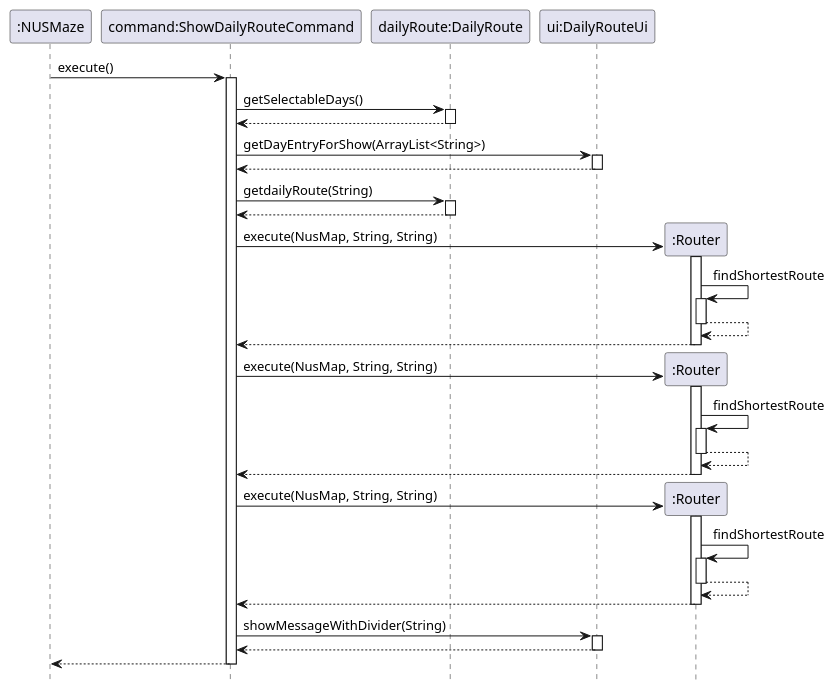
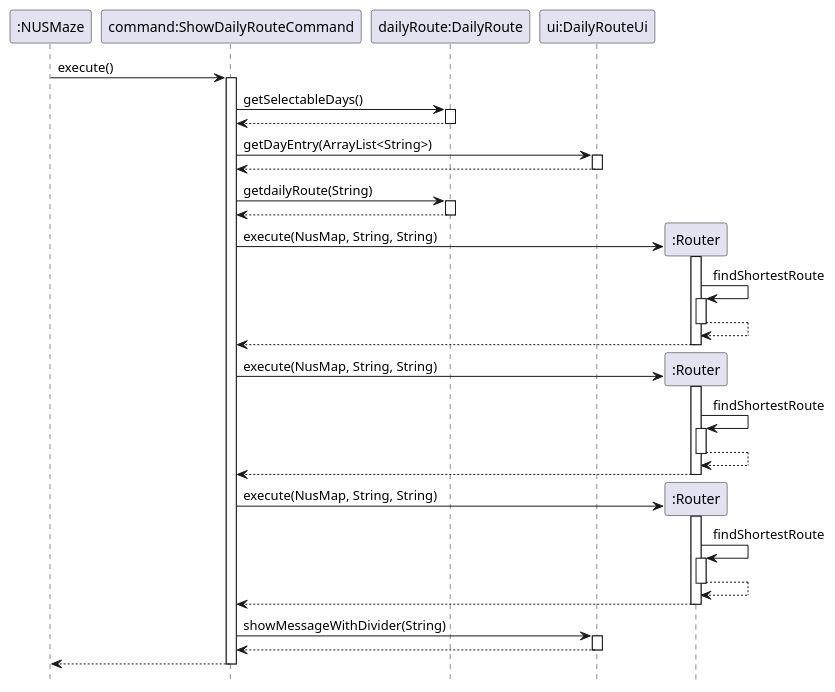
Before and after one commit to nus-cs2113-AY2021S2/tp: the diagram in docs/puml/showday.puml, drawn with PlantUML. The commit also changed 5 other files, not shown here.

```diff
--- a/docs/puml/showday.puml
+++ b/docs/puml/showday.puml
@@ -1,48 +1,48 @@
 @startuml
 hide footbox
 
 participant ":NUSMaze"
 ":NUSMaze" -> "command:ShowDailyRouteCommand" : execute()
 activate "command:ShowDailyRouteCommand"
 "command:ShowDailyRouteCommand" -> "dailyRoute:DailyRoute" : getSelectableDays()
 activate "dailyRoute:DailyRoute"
 return
 deactivate "dailyRoute:DailyRoute"
-"command:ShowDailyRouteCommand" -> "ui:DailyRouteUi" : getDayEntryForShow(ArrayList<String>)
+"command:ShowDailyRouteCommand" -> "ui:DailyRouteUi" : getDayEntry(ArrayList<String>)
 activate "ui:DailyRouteUi"
 return
 deactivate "ui:DailyRouteUi"
 "command:ShowDailyRouteCommand" -> "dailyRoute:DailyRoute" : getdailyRoute(String)
 activate "dailyRoute:DailyRoute"
 return
 deactivate "dailyRoute:DailyRoute"
 
 create ":Router"
 "command:ShowDailyRouteCommand" -> ":Router" : execute(NusMap, String, String)
 activate ":Router"
 ":Router" -> ":Router" : findShortestRoute
 activate ":Router"
 return
 return
 create ":Router"
 "command:ShowDailyRouteCommand" -> ":Router" : execute(NusMap, String, String)
 activate ":Router"
 ":Router" -> ":Router" : findShortestRoute
 activate ":Router"
 return
 return
 create ":Router"
 "command:ShowDailyRouteCommand" -> ":Router" : execute(NusMap, String, String)
 activate ":Router"
 ":Router" -> ":Router" : findShortestRoute
 activate ":Router"
 return
 return
 
 "command:ShowDailyRouteCommand" -> "ui:DailyRouteUi": showMessageWithDivider(String)
 activate "ui:DailyRouteUi"
 return
 deactivate "ui:DailyRouteUi"
 "command:ShowDailyRouteCommand" --> ":NUSMaze"
 deactivate "command:ShowDailyRouteCommand"
 @enduml
```
